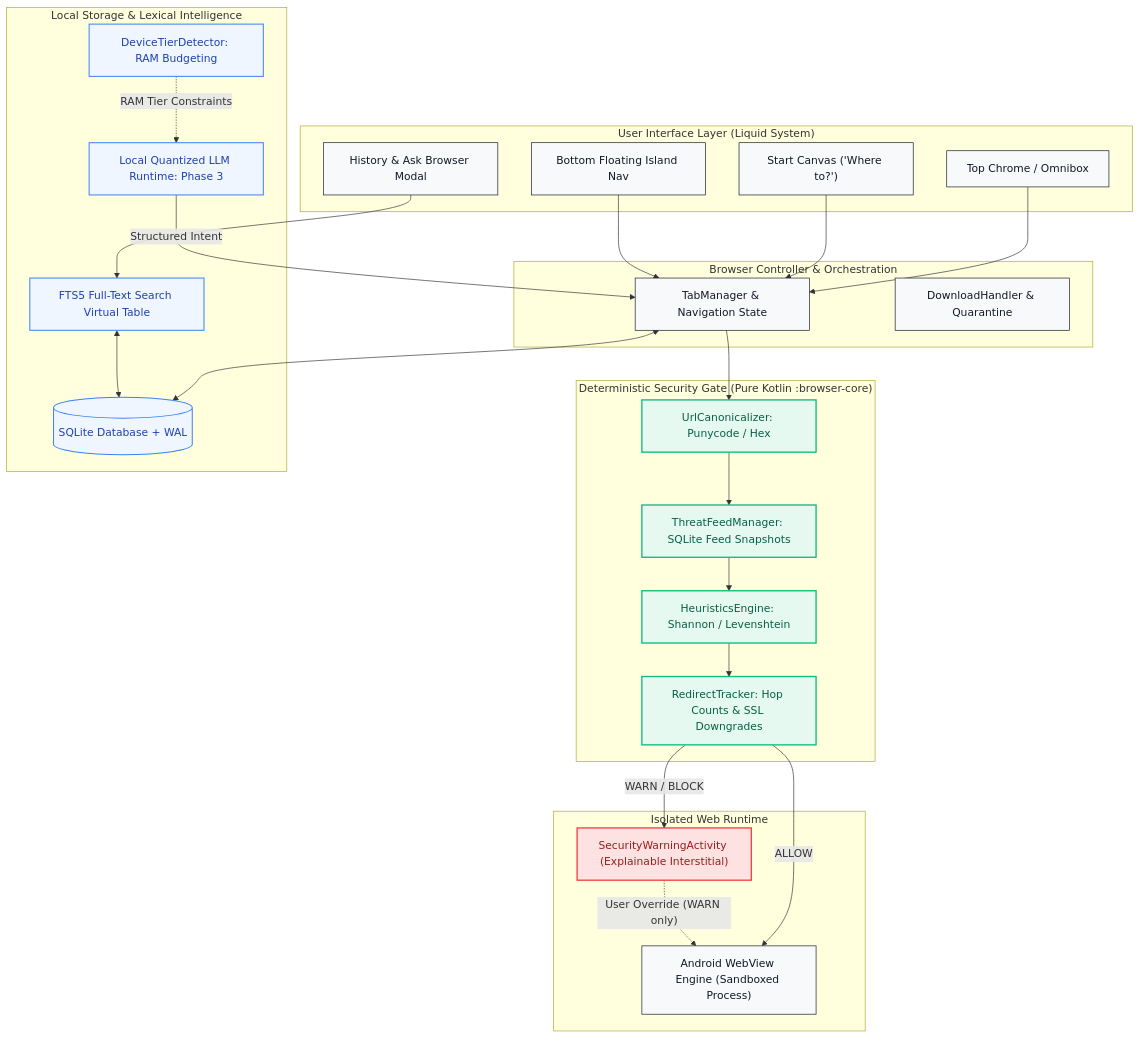
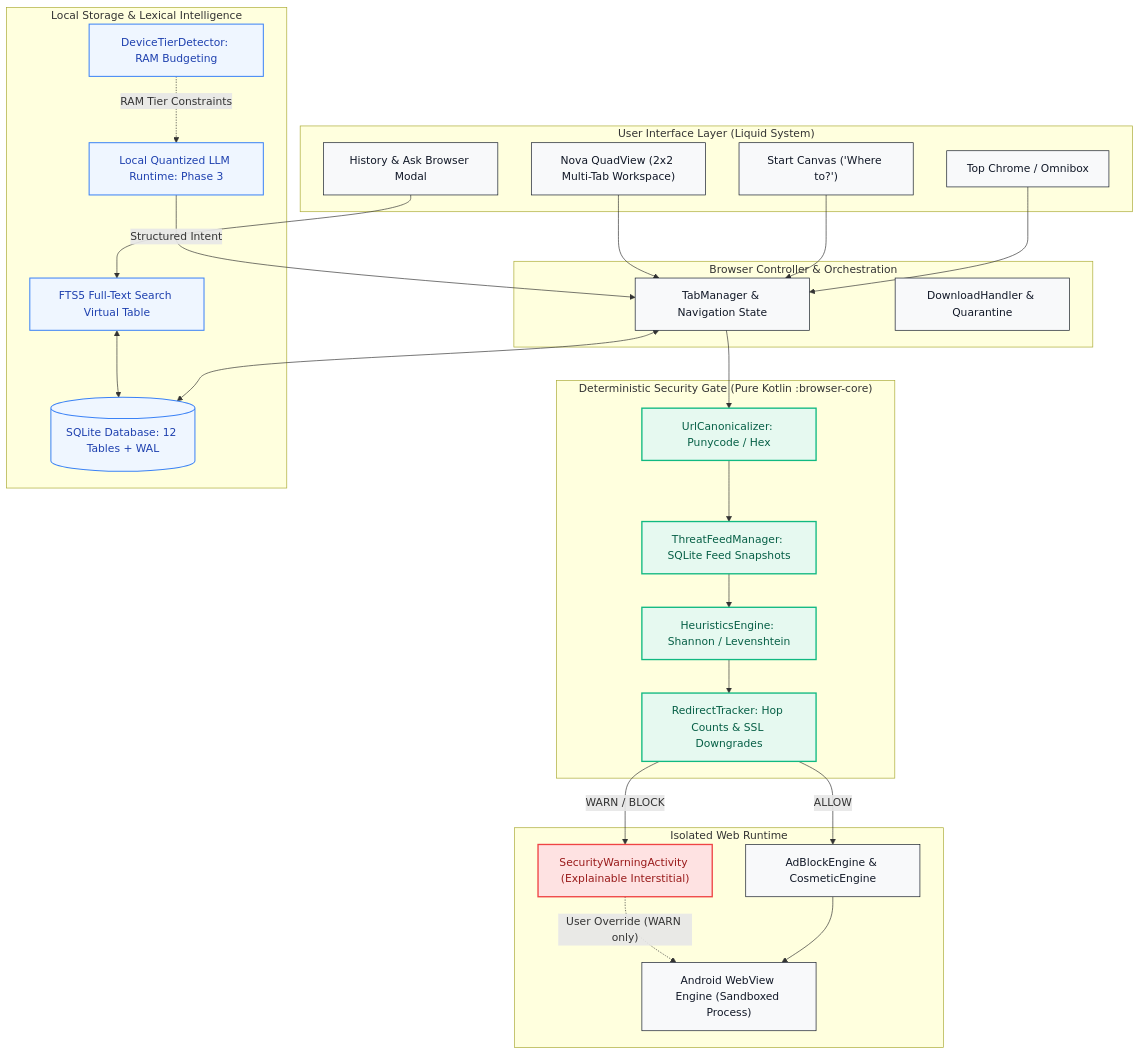
The first of 2 diagrams in README.md (gintama1018/BRO), drawn with Mermaid before and after one commit. The commit also changed other lines of this file and 13 other files, not shown here.

````diff
--- a/README.md
+++ b/README.md
@@ -190,58 +137,59 @@
 ```mermaid
 graph TD
     subgraph UI ["User Interface Layer (Liquid System)"]
         A["Top Chrome / Omnibox"]
         B["Start Canvas ('Where to?')"]
-        C["Bottom Floating Island Nav"]
+        C["Nova QuadView (2x2 Multi-Tab Workspace)"]
         D["History & Ask Browser Modal"]
     end
 
     subgraph Controller ["Browser Controller & Orchestration"]
         E["TabManager & Navigation State"]
         F["DownloadHandler & Quarantine"]
     end
 
     subgraph Security ["Deterministic Security Gate (Pure Kotlin :browser-core)"]
         G["UrlCanonicalizer: Punycode / Hex"]
         H["ThreatFeedManager: SQLite Feed Snapshots"]
         I["HeuristicsEngine: Shannon / Levenshtein"]
         J["RedirectTracker: Hop Counts & SSL Downgrades"]
     end
 
     subgraph Engine ["Isolated Web Runtime"]
         K["Android WebView Engine (Sandboxed Process)"]
         L["SecurityWarningActivity (Explainable Interstitial)"]
+        Q["AdBlockEngine & CosmeticEngine"]
     end
 
     subgraph Storage ["Local Storage & Lexical Intelligence"]
-        M[("SQLite Database + WAL")]
+        M[("SQLite Database: 12 Tables + WAL")]
         N["FTS5 Full-Text Search Virtual Table"]
         O["DeviceTierDetector: RAM Budgeting"]
         P["Local Quantized LLM Runtime: Phase 3"]
     end
 
     A --> E
     B --> E
     C --> E
     D --> N
 
     E --> G --> H --> I --> J
-    J -->|"ALLOW"| K
+    J -->|"ALLOW"| Q --> K
     J -->|"WARN / BLOCK"| L
     L -.->|"User Override (WARN only)"| K
 
     E <--> M
     N <--> M
     O -.->|"RAM Tier Constraints"| P
     P -->|"Structured Intent"| E
 
     classDef secure fill:#E6F9F0,stroke:#10B981,stroke-width:2px,color:#065F46;
     classDef warning fill:#FEE2E2,stroke:#EF4444,stroke-width:2px,color:#991B1B;
     classDef chrome fill:#F8F9FA,stroke:#111827,stroke-width:1px,color:#111827;
     classDef data fill:#EFF6FF,stroke:#3B82F6,stroke-width:1.5px,color:#1E40AF;
 
     class G,H,I,J secure;
     class L warning;
-    class A,B,C,D,E,F,K chrome;
+    class A,B,C,D,E,F,K,Q chrome;
     class M,N,O,P data;
 ```
````
